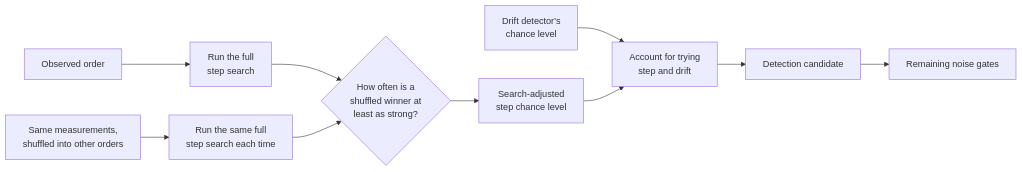
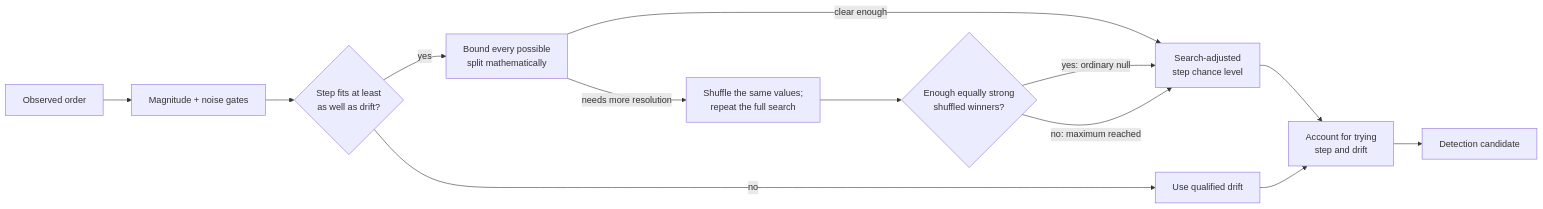
The third of 3 diagrams in packages/cargo-bench-history/book/src/appendix/detection.md (folo-rs/folo), drawn with Mermaid before and after one commit. The commit also changed other lines of this file and 15 other files, not shown here.

````diff
--- a/packages/cargo-bench-history/book/src/appendix/detection.md
+++ b/packages/cargo-bench-history/book/src/appendix/detection.md
@@ -103,13 +104,15 @@
 ```mermaid
 flowchart LR
-    O["Observed order"] --> OS["Run the full<br/>step search"]
-    V["Same measurements,<br/>shuffled into other orders"] --> NS["Run the same full<br/>step search each time"]
-    OS --> C{"How often is a<br/>shuffled winner at<br/>least as strong?"}
-    NS --> C
-    C --> AC["Search-adjusted<br/>step chance level"]
-
-    D["Drift detector's<br/>chance level"] --> TWO["Account for trying<br/>step and drift"]
-    AC --> TWO
+    O["Observed order"] --> G["Magnitude + noise gates"]
+    G --> FIT{"Step fits at least<br/>as well as drift?"}
+    FIT -->|no| D["Use qualified drift"]
+    FIT -->|yes| A["Bound every possible<br/>split mathematically"]
+    A -->|clear enough| AC["Search-adjusted<br/>step chance level"]
+    A -->|needs more resolution| S["Shuffle the same values;<br/>repeat the full search"]
+    S --> C{"Enough equally strong<br/>shuffled winners?"}
+    C -->|yes: ordinary null| AC
+    C -->|no: maximum reached| AC
+    AC --> TWO["Account for trying<br/>step and drift"]
+    D --> TWO
     TWO --> CAN["Detection candidate"]
-    CAN --> G["Remaining noise gates"]
 ```
````
